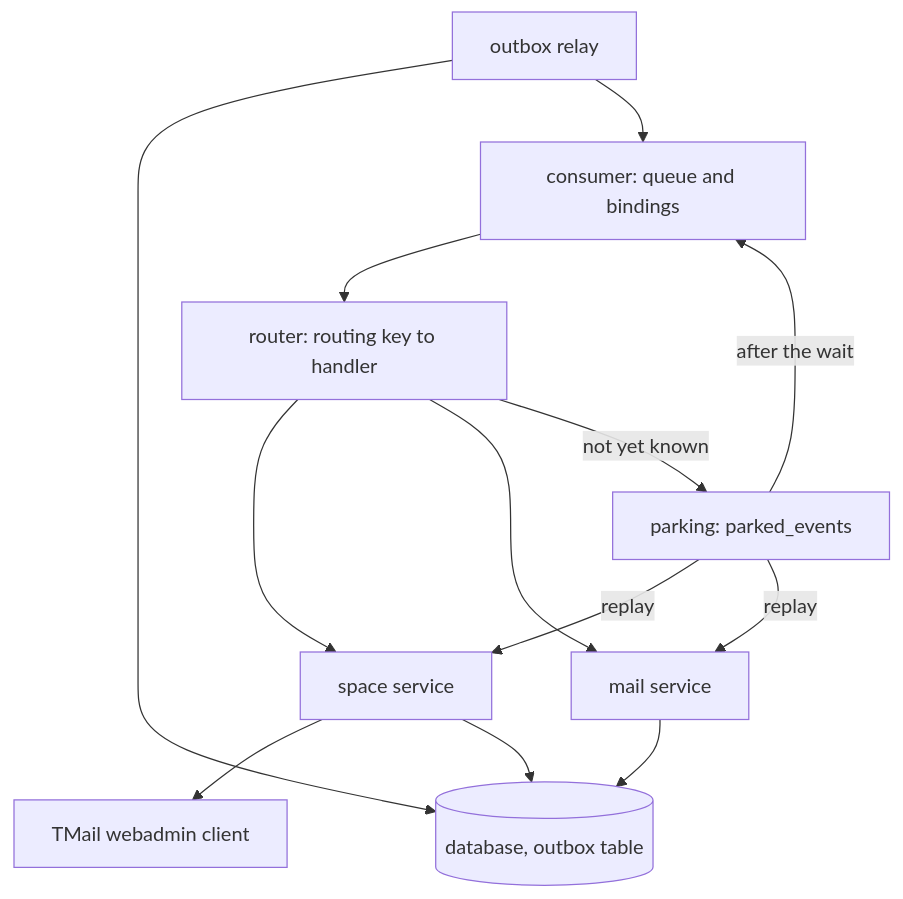
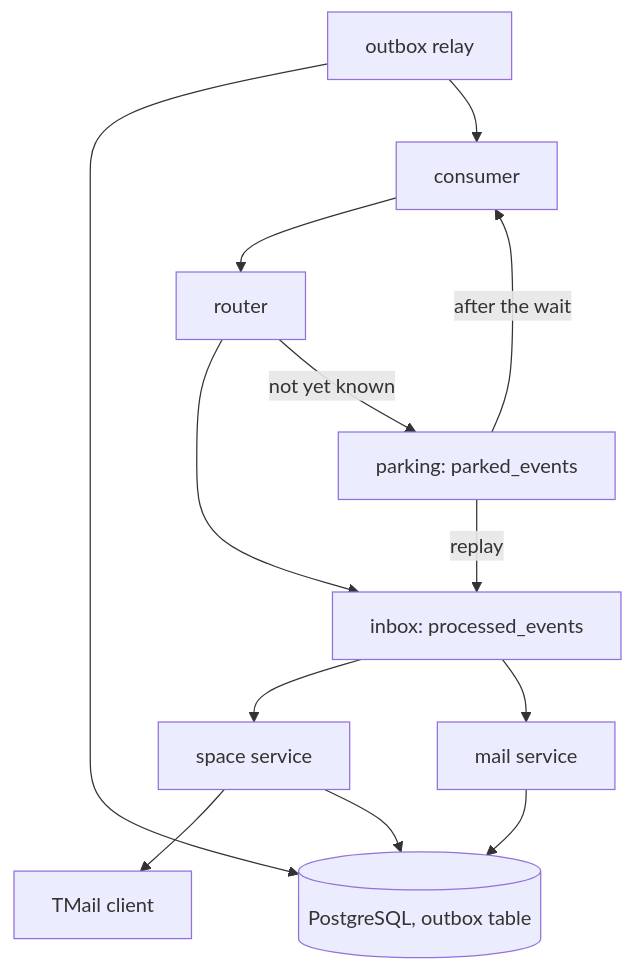
The second of 4 diagrams in docs/architecture.md (linagora/twake-mail-side-service), drawn with Mermaid before and after one commit. The commit also changed other lines of this file and 5 other files, not shown here.

Commit message:
docs: architecture, operations and dependencies checked against the code

````diff
--- a/docs/architecture.md
+++ b/docs/architecture.md
@@ -26,15 +26,15 @@
 ```mermaid
 flowchart TB
-  consumer[consumer: queue and bindings] --> router[router: routing key to handler]
-  router --> spaces[space service]
-  router --> mail[mail service]
-  spaces --> tmailc[TMail webadmin client]
-  spaces --> db[(database, outbox table)]
+  consumer[consumer] --> router[router]
+  router --> inbox[inbox: processed_events]
+  inbox --> spaces[space service]
+  inbox --> mail[mail service]
+  spaces --> tmailc[TMail client]
+  spaces --> db[(PostgreSQL, outbox table)]
   mail --> db
   relay[outbox relay] --> db
   relay --> consumer
-  router -- not yet known --> parking[parking: parked_events]
-  parking -- replay --> spaces
-  parking -- replay --> mail
-  parking -- after the wait --> consumer
+  router -->|not yet known| parking[parking: parked_events]
+  parking -->|replay| inbox
+  parking -->|after the wait| consumer
 ```
````
